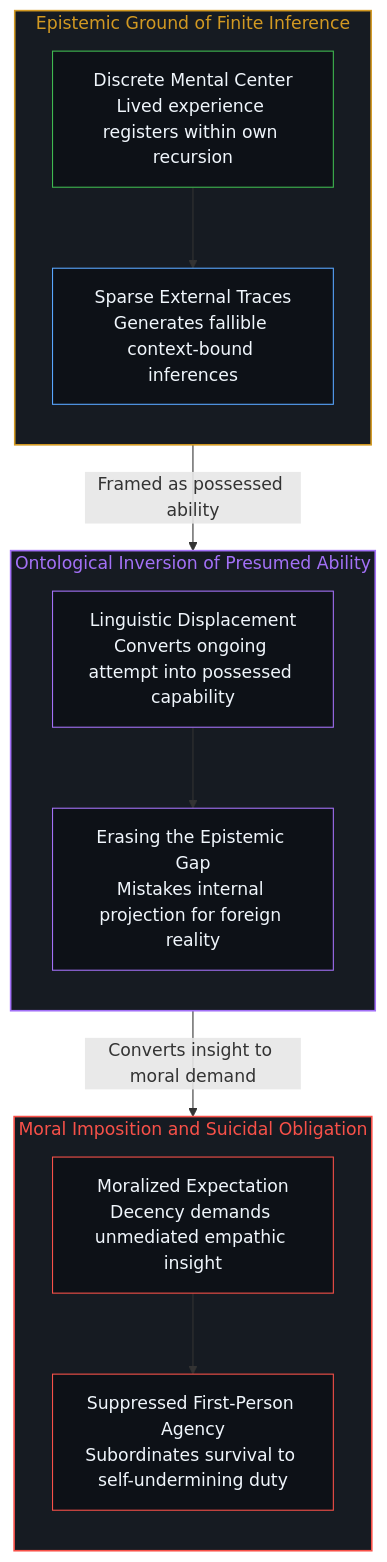
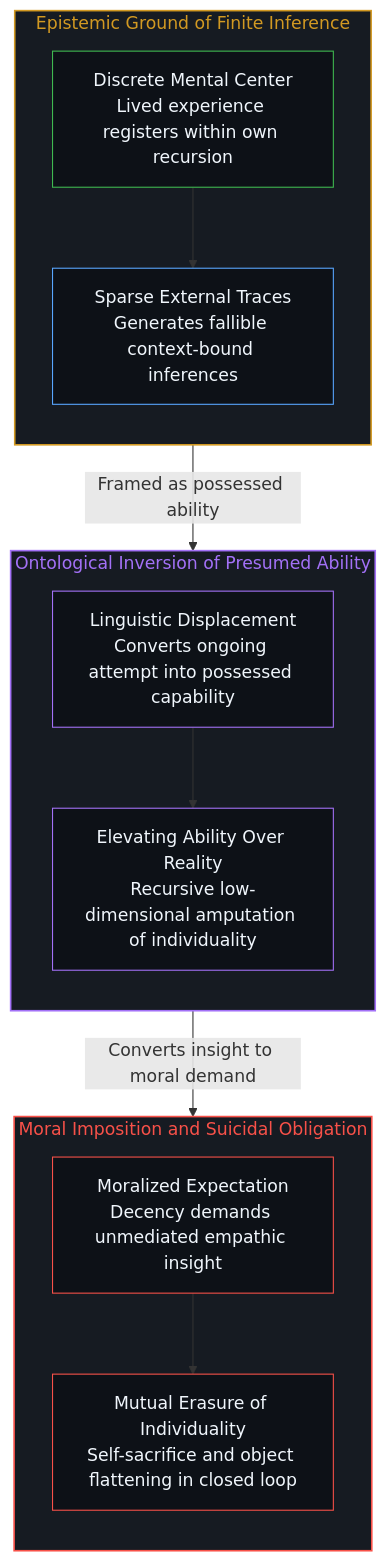
Before and after one commit to powerpig99/not-a-toe: the second of 4 diagrams in content/posts/the-capability-reversal-of-empathy-and-the-contest-of-boundaries.md, drawn with Mermaid. The commit also changed other lines of this file and 4 other files, not shown here.

Commit message:
Refine Post #345: Recursive low-dimensional amputation of individuality across both parties

````diff
--- a/content/posts/the-capability-reversal-of-empathy-and-the-contest-of-boundaries.md
+++ b/content/posts/the-capability-reversal-of-empathy-and-the-contest-of-boundaries.md
@@ -65,31 +69,31 @@
 ```mermaid
 graph TD
     subgraph S_Inference ["Epistemic Ground of Finite Inference"]
         direction TB
         INF1["Discrete Mental Center<br/>Lived experience registers within own recursion"] --> INF2["Sparse External Traces<br/>Generates fallible context-bound inferences"]
     end
 
     subgraph S_Reversal ["Ontological Inversion of Presumed Ability"]
         direction TB
-        REV1["Linguistic Displacement<br/>Converts ongoing attempt into possessed capability"] --> REV2["Erasing the Epistemic Gap<br/>Mistakes internal projection for foreign reality"]
+        REV1["Linguistic Displacement<br/>Converts ongoing attempt into possessed capability"] --> REV2["Elevating Ability Over Reality<br/>Recursive low-dimensional amputation of individuality"]
     end
 
     subgraph S_Imposition ["Moral Imposition and Suicidal Obligation"]
         direction TB
-        IMP1["Moralized Expectation<br/>Decency demands unmediated empathic insight"] --> IMP2["Suppressed First-Person Agency<br/>Subordinates survival to self-undermining duty"]
+        IMP1["Moralized Expectation<br/>Decency demands unmediated empathic insight"] --> IMP2["Mutual Erasure of Individuality<br/>Self-sacrifice and object flattening in closed loop"]
     end
 
     INF2 -->|"Framed as possessed ability"| REV1
     REV2 -->|"Converts insight to moral demand"| IMP1
 
     style S_Inference fill:#161b22,stroke:#d29922,stroke-width:1.5px,color:#d29922
     style S_Reversal fill:#161b22,stroke:#a371f7,stroke-width:1.5px,color:#a371f7
     style S_Imposition fill:#161b22,stroke:#f85149,stroke-width:1.5px,color:#f85149
 
     style INF1 fill:#0d1117,stroke:#3fb950,stroke-width:1px,color:#f0f6fc
     style INF2 fill:#0d1117,stroke:#58a6ff,stroke-width:1px,color:#f0f6fc
     style REV1 fill:#0d1117,stroke:#a371f7,stroke-width:1px,color:#f0f6fc
     style REV2 fill:#0d1117,stroke:#a371f7,stroke-width:1px,color:#f0f6fc
     style IMP1 fill:#0d1117,stroke:#f85149,stroke-width:1px,color:#f0f6fc
     style IMP2 fill:#0d1117,stroke:#f85149,stroke-width:1px,color:#f0f6fc
 ```
````
